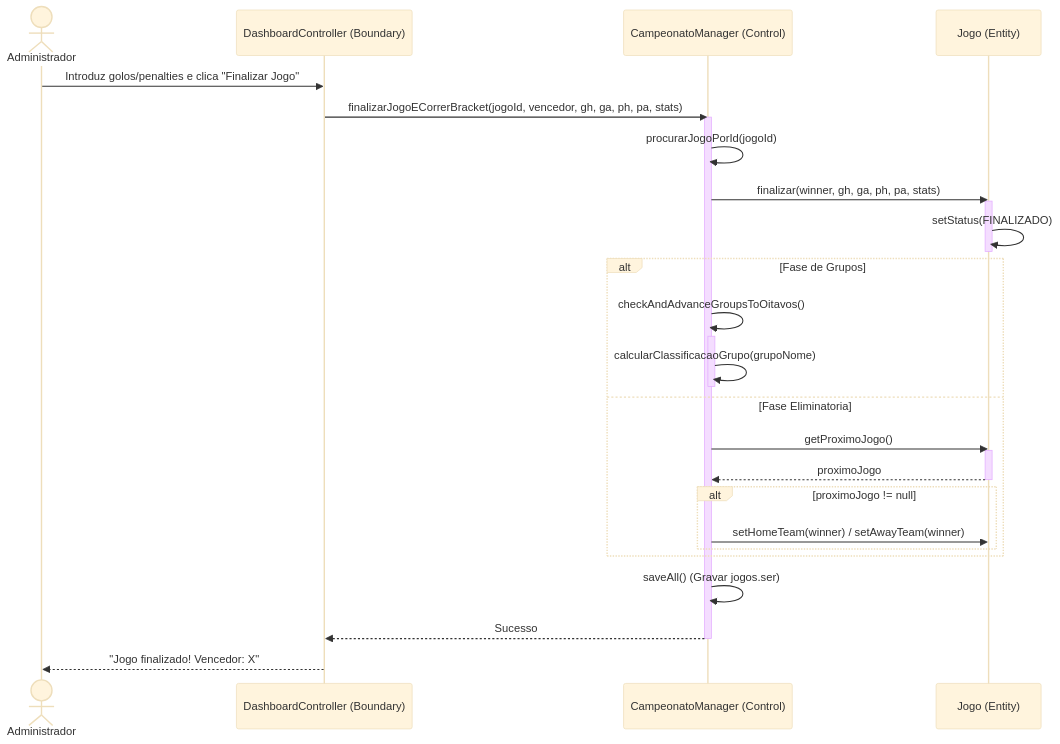
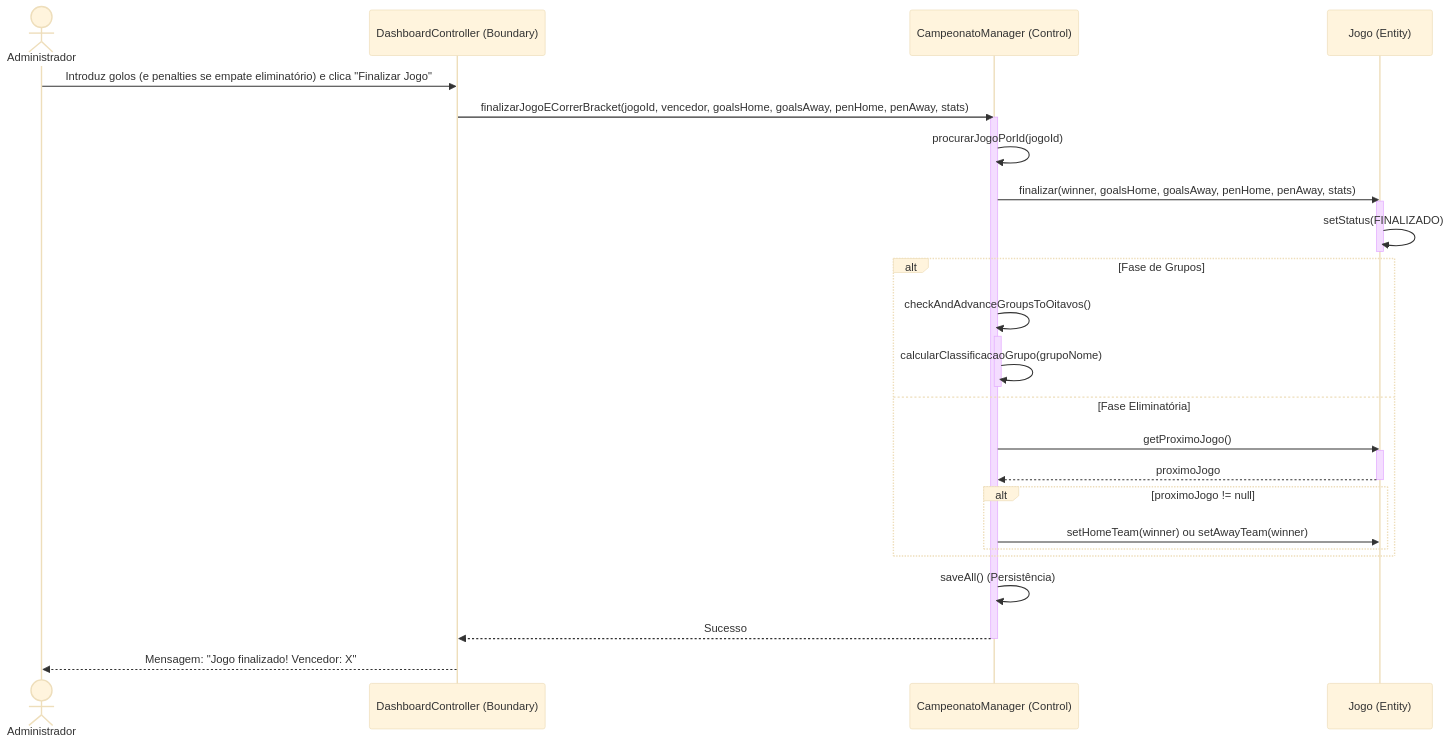
The third of 6 diagrams in documentacao_fase2/9_diagramas_sequencia_mermaid.md (experimentos373-creator/ES), drawn with Mermaid (base theme) before and after one commit. The commit also changed other lines of this file, not shown here.

Commit message:
docs: add Mermaid sequence diagrams markdown file for GitHub rendering

````diff
--- a/documentacao_fase2/9_diagramas_sequencia_mermaid.md
+++ b/documentacao_fase2/9_diagramas_sequencia_mermaid.md
@@ -50,34 +76,35 @@
 ```mermaid
 sequenceDiagram
     actor A as Administrador
     participant B as DashboardController (Boundary)
     participant C as CampeonatoManager (Control)
     participant J as Jogo (Entity)
 
-    A->>B: Introduz golos/penalties e clica "Finalizar Jogo"
-    B->>C: finalizarJogoECorrerBracket(jogoId, vencedor, gh, ga, ph, pa, stats)
+    A->>B: Introduz golos (e penalties se empate eliminatório) e clica "Finalizar Jogo"
+    B->>C: finalizarJogoECorrerBracket(jogoId, vencedor, goalsHome, goalsAway, penHome, penAway, stats)
     activate C
     C->>C: procurarJogoPorId(jogoId)
-    C->>J: finalizar(winner, gh, ga, ph, pa, stats)
+    C->>J: finalizar(winner, goalsHome, goalsAway, penHome, penAway, stats)
     activate J
     J->>J: setStatus(FINALIZADO)
     deactivate J
+    
     alt Fase de Grupos
         C->>C: checkAndAdvanceGroupsToOitavos()
         activate C
         C->>C: calcularClassificacaoGrupo(grupoNome)
         deactivate C
-    else Fase Eliminatoria
+    else Fase Eliminatória
         C->>J: getProximoJogo()
         activate J
         J-->>C: proximoJogo
         deactivate J
         alt proximoJogo != null
-            C->>J: setHomeTeam(winner) / setAwayTeam(winner)
+            C->>J: setHomeTeam(winner) ou setAwayTeam(winner)
         end
     end
-    C->>C: saveAll() (Gravar jogos.ser)
+    C->>C: saveAll() (Persistência)
     C-->>B: Sucesso
     deactivate C
-    B-->>A: "Jogo finalizado! Vencedor: X"
+    B-->>A: Mensagem: "Jogo finalizado! Vencedor: X"
 ```
````
